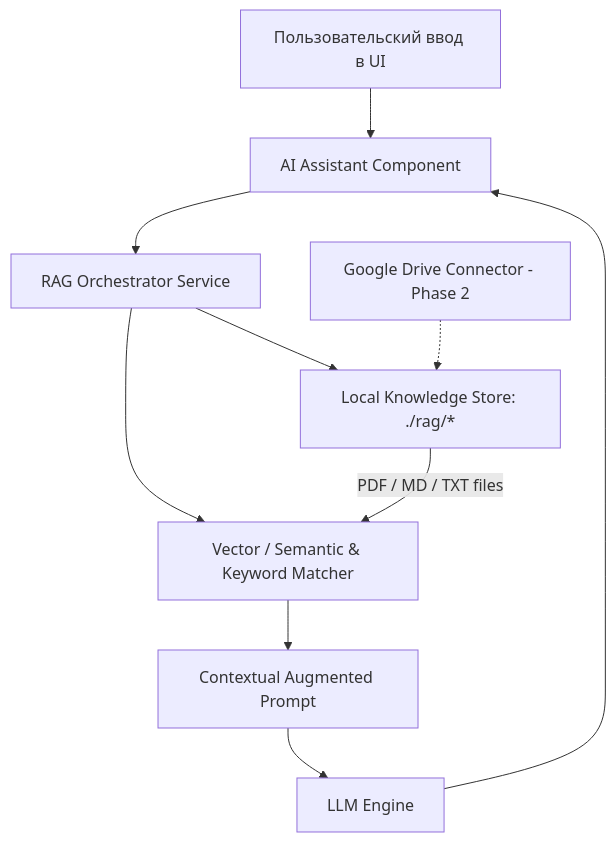
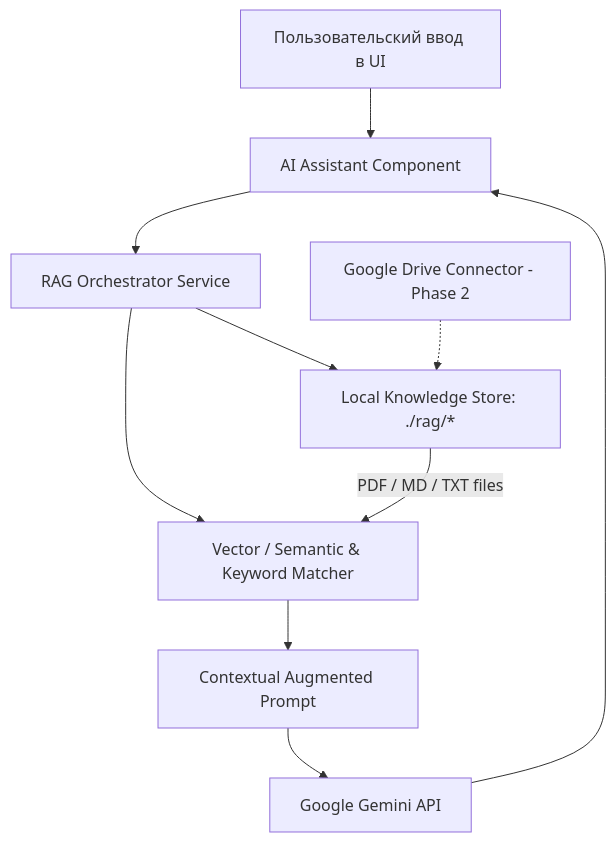
Before and after one commit to Hrest404/course: the diagram in spec.md, drawn with Mermaid. The commit also changed 28 other files, not shown here.

````diff
--- a/spec.md
+++ b/spec.md
@@ -17,12 +17,12 @@
 ```mermaid
 graph TD
     A[Пользовательский ввод в UI] --> B[AI Assistant Component]
     B --> C[RAG Orchestrator Service]
     C --> D[Local Knowledge Store: ./rag/*]
     C --> E[Vector / Semantic & Keyword Matcher]
     D --> |PDF / MD / TXT files| E
     E --> F[Contextual Augmented Prompt]
-    F --> G[LLM Engine]
+    F --> G[Google Gemini API]
     G --> B
     H[Google Drive Connector - Phase 2] -.-> D
 ```
````
